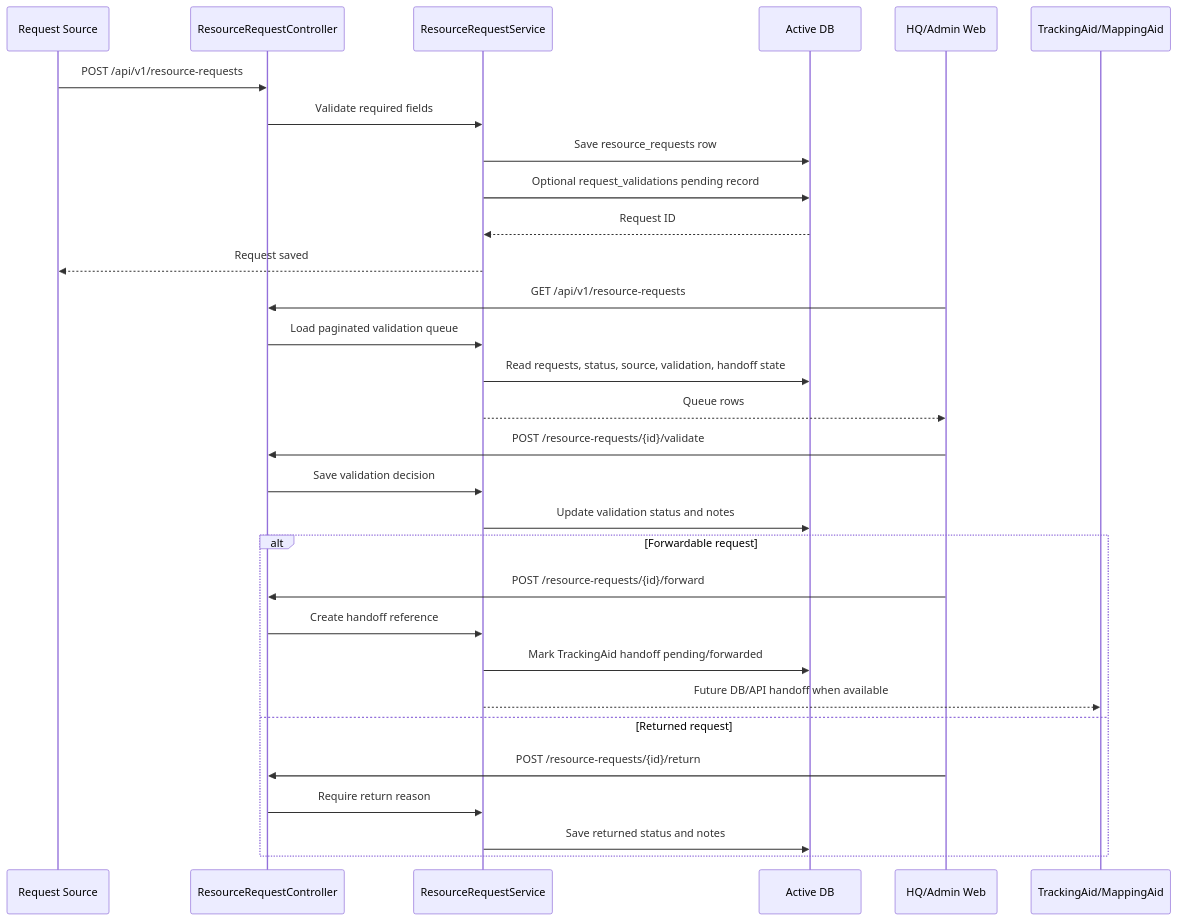
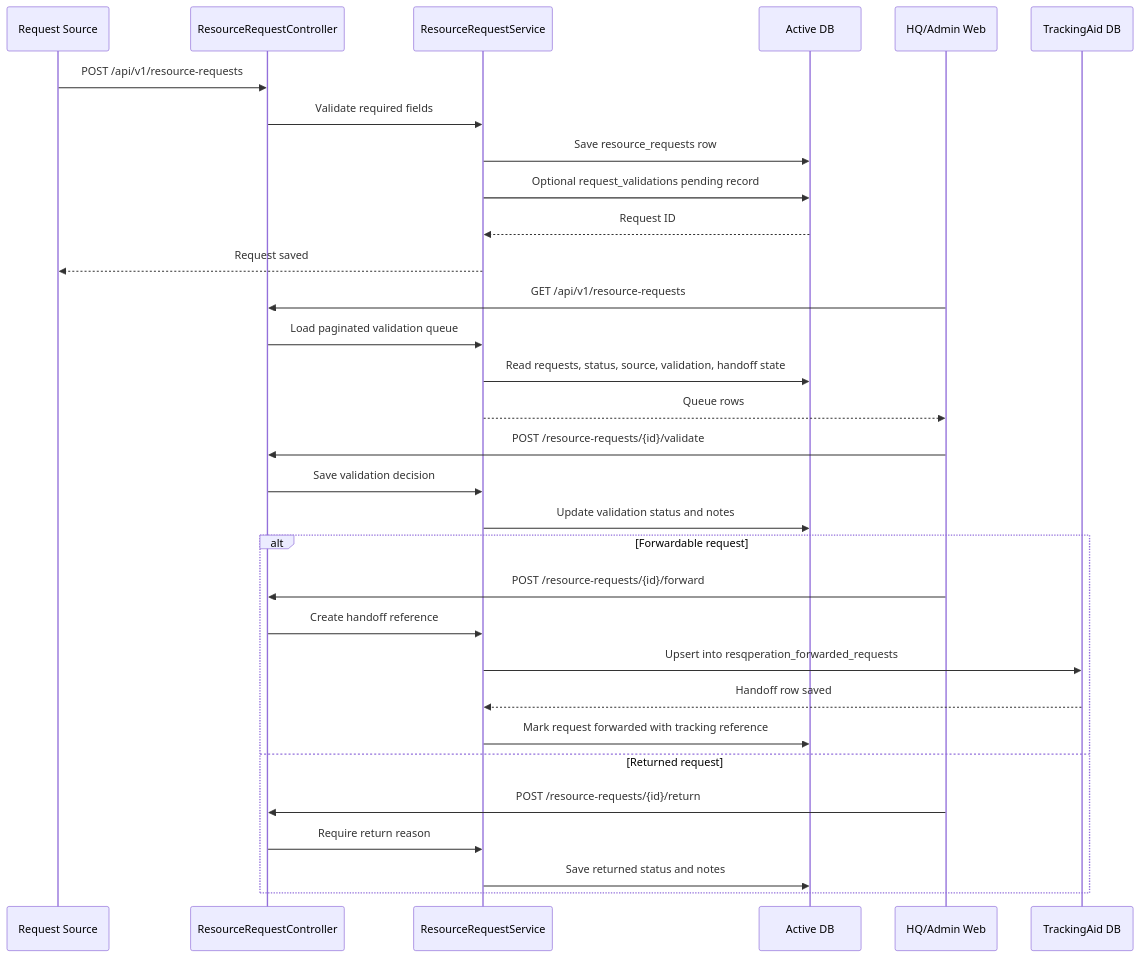
The second of 5 diagrams in docs/diagrams/06_resource_requests_sitrep_archive_notifications.md (pyunpyunn/G10-CAPSTONE), drawn with Mermaid before and after one commit. The commit also changed other lines of this file and 85 other files, not shown here.

````diff
--- a/docs/diagrams/06_resource_requests_sitrep_archive_notifications.md
+++ b/docs/diagrams/06_resource_requests_sitrep_archive_notifications.md
@@ -30,36 +30,37 @@
 ```mermaid
 sequenceDiagram
   participant Source as Request Source
   participant API as ResourceRequestController
   participant Service as ResourceRequestService
   participant DB as Active DB
   participant Admin as HQ/Admin Web
-  participant Tracking as TrackingAid/MappingAid
+  participant Tracking as TrackingAid DB
 
   Source->>API: POST /api/v1/resource-requests
   API->>Service: Validate required fields
   Service->>DB: Save resource_requests row
   Service->>DB: Optional request_validations pending record
   DB-->>Service: Request ID
   Service-->>Source: Request saved
 
   Admin->>API: GET /api/v1/resource-requests
   API->>Service: Load paginated validation queue
   Service->>DB: Read requests, status, source, validation, handoff state
   Service-->>Admin: Queue rows
 
   Admin->>API: POST /resource-requests/{id}/validate
   API->>Service: Save validation decision
   Service->>DB: Update validation status and notes
 
   alt Forwardable request
     Admin->>API: POST /resource-requests/{id}/forward
     API->>Service: Create handoff reference
-    Service->>DB: Mark TrackingAid handoff pending/forwarded
-    Service-->>Tracking: Future DB/API handoff when available
+    Service->>Tracking: Upsert into resqperation_forwarded_requests
+    Tracking-->>Service: Handoff row saved
+    Service->>DB: Mark request forwarded with tracking reference
   else Returned request
     Admin->>API: POST /resource-requests/{id}/return
     API->>Service: Require return reason
     Service->>DB: Save returned status and notes
   end
 ```
````
